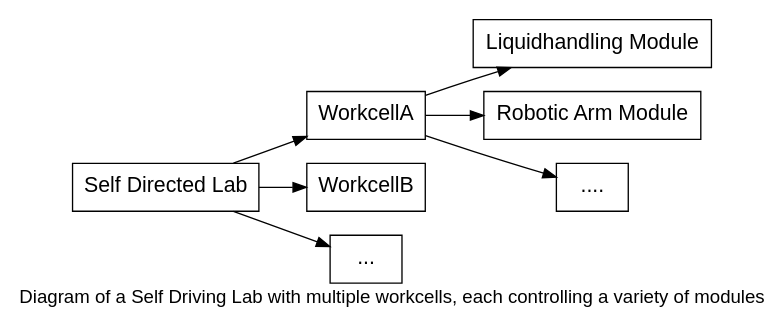
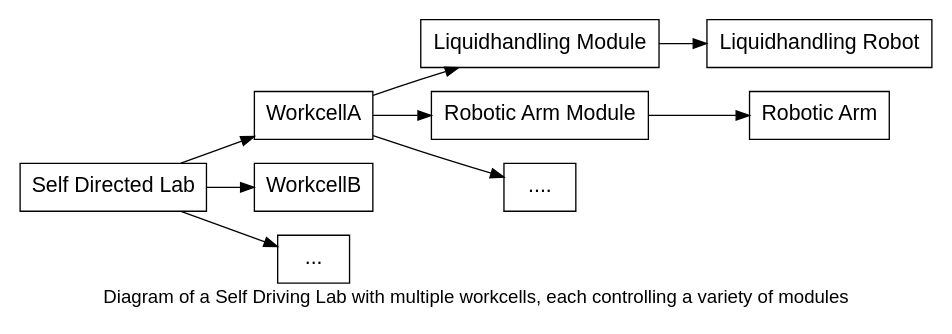
Before and after one commit to AD-SDL/wei: the diagram in docs/source/graphs/sdl_architecture_example.dot, drawn with Graphviz. The commit also changed 17 other files, not shown here.

```diff
--- a/docs/source/graphs/sdl_architecture_example.dot
+++ b/docs/source/graphs/sdl_architecture_example.dot
@@ -1,23 +1,27 @@
-digraph sdl_architecture_example {
+strict digraph sdl_architecture_example {
     //Formatting
     fontname="Helvetica,Arial,sans-serif"
     node [fontname="Helvetica,Arial,sans-serif"]
     edge [fontname="Helvetica,Arial,sans-serif"]
     graph [
         rankdir = "LR"
         pad = 0.1;
     ];
     node [
         fontsize = "16"
         shape = "box"
     ];
     edge [
     ];
 
     "Self Directed Lab" -> {WorkcellA WorkcellB "..."};
     WorkcellA -> {"Liquidhandling Module" "Robotic Arm Module" "...."};
 
+    "Liquidhandling Module" -> "Liquidhandling Robot"
+
+    "Robotic Arm Module" -> "Robotic Arm"
+
     label="Diagram of a Self Driving Lab with multiple workcells, each controlling a variety of modules";
     labelloc=bottom;
     labeljust=center;
 }
```
